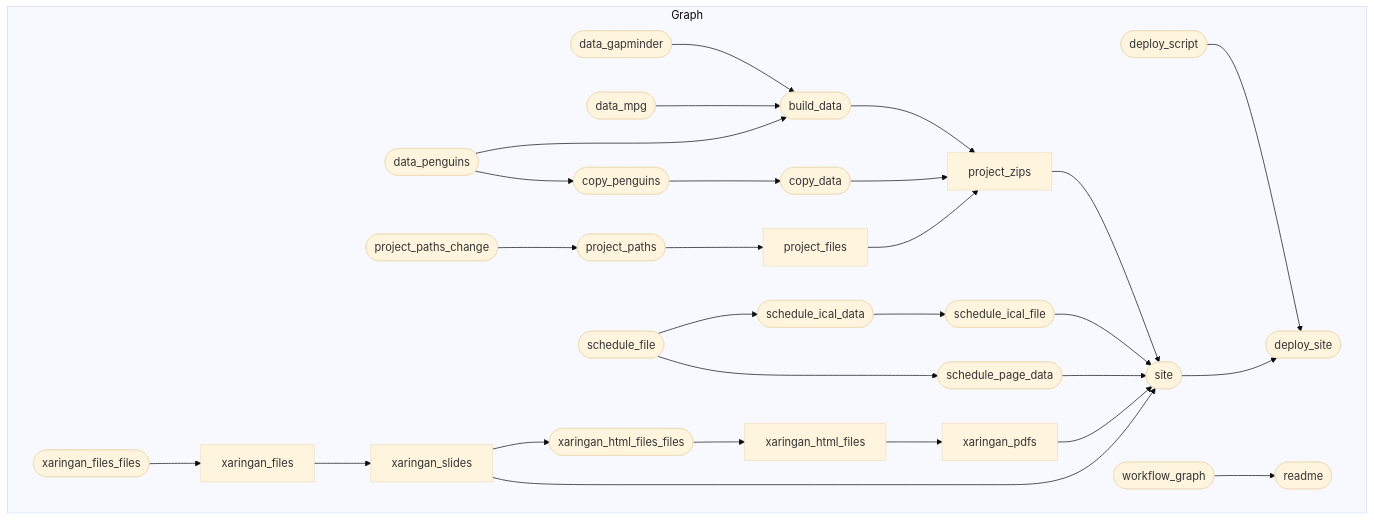
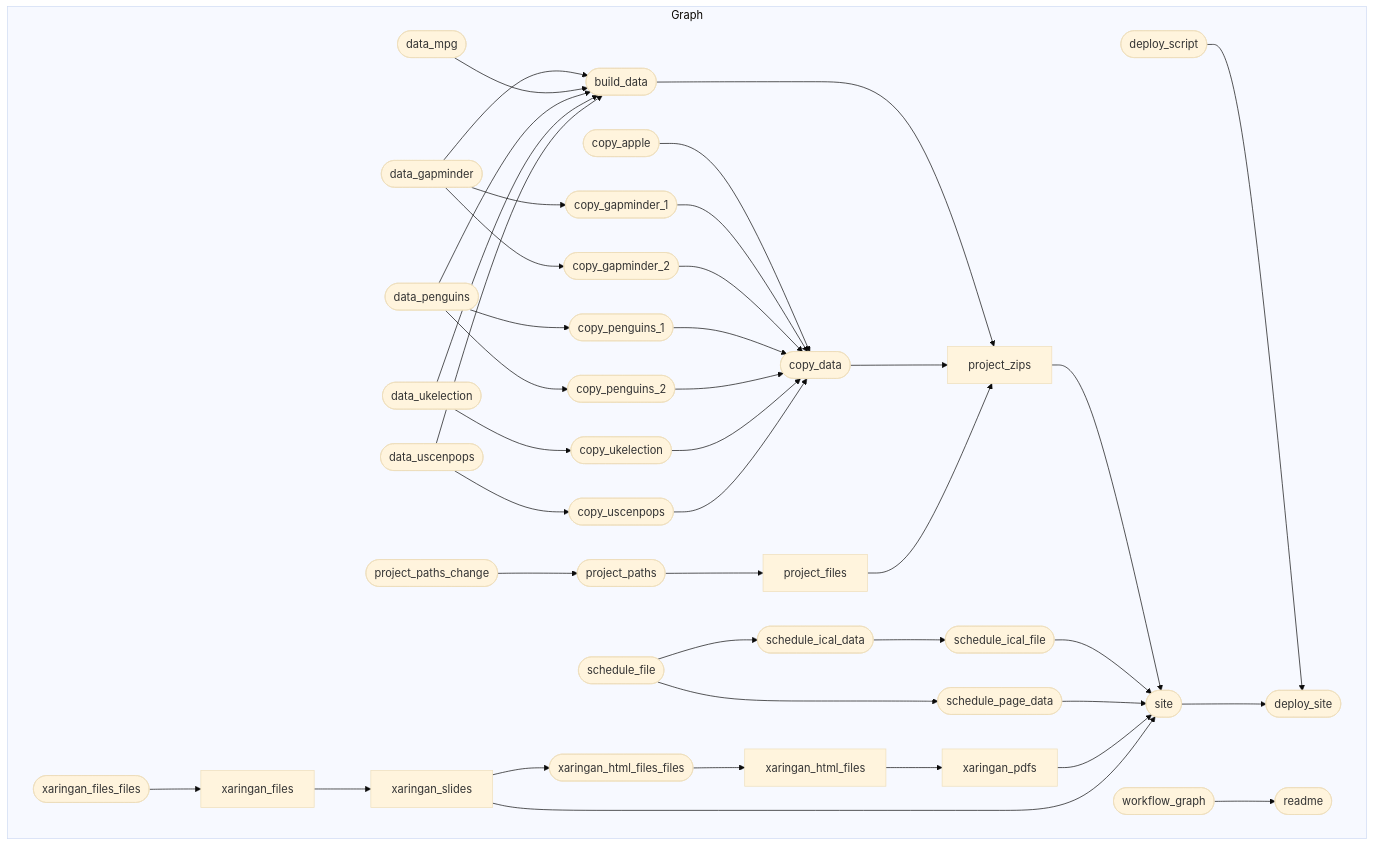
The diagram in README.md (kjhealy/vsd), drawn with Mermaid (base theme) before and after one commit. The commit also changed 11 other files, not shown here.

````diff
--- a/README.md
+++ b/README.md
@@ -30,32 +30,45 @@
 ``` mermaid
 graph LR
   subgraph Graph
     direction LR
-    xdf832f8e1f99baf2(["schedule_file"]):::queued --> x35552a73efe9c59f(["schedule_ical_data"]):::queued
-    x4a210bdf90796bca(["xaringan_files_files"]):::queued --> xf4774655f169db90["xaringan_files"]:::queued
-    xf4774655f169db90["xaringan_files"]:::queued --> x60c212b45249134a["xaringan_slides"]:::queued
+    xdf832f8e1f99baf2(["schedule_file"]):::built --> x35552a73efe9c59f(["schedule_ical_data"]):::queued
+    x9c20b8c56debbe9a(["deploy_script"]):::built --> x78f3e0b711425f1c(["deploy_site"]):::queued
+    x7aa56383a054e8ba(["site"]):::queued --> x78f3e0b711425f1c(["deploy_site"]):::queued
+    x8f8d91dfd2b7ce09(["copy_apple"]):::built --> x41092a7251862a9e(["copy_data"]):::queued
+    xa4a8dd78d5a40779(["copy_gapminder_1"]):::queued --> x41092a7251862a9e(["copy_data"]):::queued
+    xd72dc1eb9f3c29fa(["copy_gapminder_2"]):::queued --> x41092a7251862a9e(["copy_data"]):::queued
+    xd7b98308373143d5(["copy_penguins_1"]):::queued --> x41092a7251862a9e(["copy_data"]):::queued
+    xda4c206f717d9055(["copy_penguins_2"]):::queued --> x41092a7251862a9e(["copy_data"]):::queued
+    x9cc68041722e9d3c(["copy_ukelection"]):::queued --> x41092a7251862a9e(["copy_data"]):::queued
+    xd8c4ca61f745e89a(["copy_uscenpops"]):::queued --> x41092a7251862a9e(["copy_data"]):::queued
+    x2eefacb16aa347d9(["data_ukelection"]):::built --> x9cc68041722e9d3c(["copy_ukelection"]):::queued
+    x0751853b619def05["xaringan_html_files"]:::queued --> xccbb2c85646c611a["xaringan_pdfs"]:::queued
+    xb4844be3dca7f02b(["project_paths"]):::queued --> x7a8b235bff1bfb75["project_files"]:::queued
+    x7a0d40becb063bda(["xaringan_html_files_files"]):::queued --> x0751853b619def05["xaringan_html_files"]:::queued
+    xeaf4f7bf10c16d9f(["data_uscenpops"]):::queued --> xd8c4ca61f745e89a(["copy_uscenpops"]):::queued
     x1917c787a0a4a0fd["project_zips"]:::queued --> x7aa56383a054e8ba(["site"]):::queued
     x4d31f5a49d5ae49f(["schedule_ical_file"]):::queued --> x7aa56383a054e8ba(["site"]):::queued
     x063edd335cc1b36f(["schedule_page_data"]):::queued --> x7aa56383a054e8ba(["site"]):::queued
     xccbb2c85646c611a["xaringan_pdfs"]:::queued --> x7aa56383a054e8ba(["site"]):::queued
     x60c212b45249134a["xaringan_slides"]:::queued --> x7aa56383a054e8ba(["site"]):::queued
-    x35552a73efe9c59f(["schedule_ical_data"]):::queued --> x4d31f5a49d5ae49f(["schedule_ical_file"]):::queued
+    x4a210bdf90796bca(["xaringan_files_files"]):::built --> xf4774655f169db90["xaringan_files"]:::queued
+    x8288901d8e9e8d55(["data_gapminder"]):::queued --> xb453b5ae08dcaee7(["build_data"]):::queued
+    x182180f03bcfc8dc(["data_mpg"]):::built --> xb453b5ae08dcaee7(["build_data"]):::queued
+    xa3d8306cecf136f4(["data_penguins"]):::queued --> xb453b5ae08dcaee7(["build_data"]):::queued
+    x2eefacb16aa347d9(["data_ukelection"]):::built --> xb453b5ae08dcaee7(["build_data"]):::queued
+    xeaf4f7bf10c16d9f(["data_uscenpops"]):::queued --> xb453b5ae08dcaee7(["build_data"]):::queued
     xa48826fcb4dc2e34(["project_paths_change"]):::queued --> xb4844be3dca7f02b(["project_paths"]):::queued
-    xa3d8306cecf136f4(["data_penguins"]):::queued --> x2a5bb41380dcc5b0(["copy_penguins"]):::queued
-    x60c212b45249134a["xaringan_slides"]:::queued --> x7a0d40becb063bda(["xaringan_html_files_files"]):::queued
     xb453b5ae08dcaee7(["build_data"]):::queued --> x1917c787a0a4a0fd["project_zips"]:::queued
     x41092a7251862a9e(["copy_data"]):::queued --> x1917c787a0a4a0fd["project_zips"]:::queued
     x7a8b235bff1bfb75["project_files"]:::queued --> x1917c787a0a4a0fd["project_zips"]:::queued
-    x0751853b619def05["xaringan_html_files"]:::queued --> xccbb2c85646c611a["xaringan_pdfs"]:::queued
-    x8288901d8e9e8d55(["data_gapminder"]):::queued --> xb453b5ae08dcaee7(["build_data"]):::queued
-    x182180f03bcfc8dc(["data_mpg"]):::queued --> xb453b5ae08dcaee7(["build_data"]):::queued
-    xa3d8306cecf136f4(["data_penguins"]):::queued --> xb453b5ae08dcaee7(["build_data"]):::queued
-    x9c20b8c56debbe9a(["deploy_script"]):::queued --> x78f3e0b711425f1c(["deploy_site"]):::queued
-    x7aa56383a054e8ba(["site"]):::queued --> x78f3e0b711425f1c(["deploy_site"]):::queued
-    xb4844be3dca7f02b(["project_paths"]):::queued --> x7a8b235bff1bfb75["project_files"]:::queued
-    x2a5bb41380dcc5b0(["copy_penguins"]):::queued --> x41092a7251862a9e(["copy_data"]):::queued
-    x7a0d40becb063bda(["xaringan_html_files_files"]):::queued --> x0751853b619def05["xaringan_html_files"]:::queued
-    xdf832f8e1f99baf2(["schedule_file"]):::queued --> x063edd335cc1b36f(["schedule_page_data"]):::queued
+    xf4774655f169db90["xaringan_files"]:::queued --> x60c212b45249134a["xaringan_slides"]:::queued
+    x8288901d8e9e8d55(["data_gapminder"]):::queued --> xa4a8dd78d5a40779(["copy_gapminder_1"]):::queued
+    x8288901d8e9e8d55(["data_gapminder"]):::queued --> xd72dc1eb9f3c29fa(["copy_gapminder_2"]):::queued
+    x60c212b45249134a["xaringan_slides"]:::queued --> x7a0d40becb063bda(["xaringan_html_files_files"]):::queued
+    xdf832f8e1f99baf2(["schedule_file"]):::built --> x063edd335cc1b36f(["schedule_page_data"]):::queued
     xf38d3f5e6365ad72(["workflow_graph"]):::started --> x6e52cb0f1668cc22(["readme"]):::queued
+    xa3d8306cecf136f4(["data_penguins"]):::queued --> xd7b98308373143d5(["copy_penguins_1"]):::queued
+    xa3d8306cecf136f4(["data_penguins"]):::queued --> xda4c206f717d9055(["copy_penguins_2"]):::queued
+    x35552a73efe9c59f(["schedule_ical_data"]):::queued --> x4d31f5a49d5ae49f(["schedule_ical_file"]):::queued
   end
 ```
````
